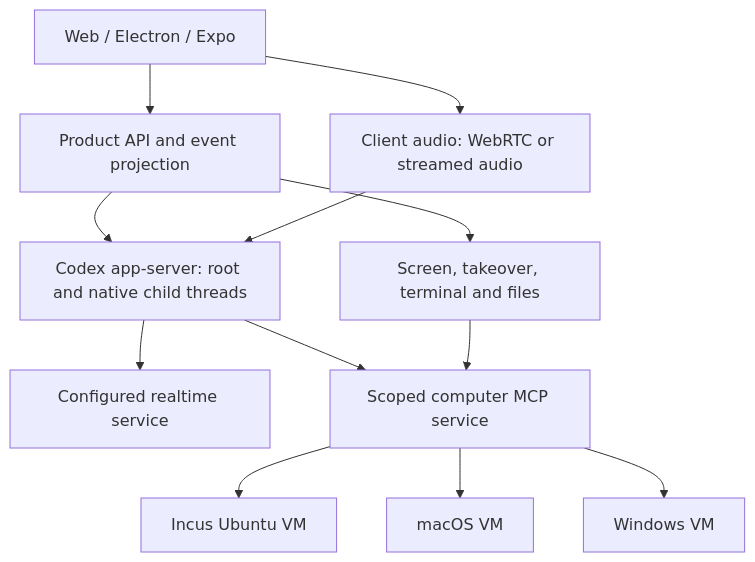
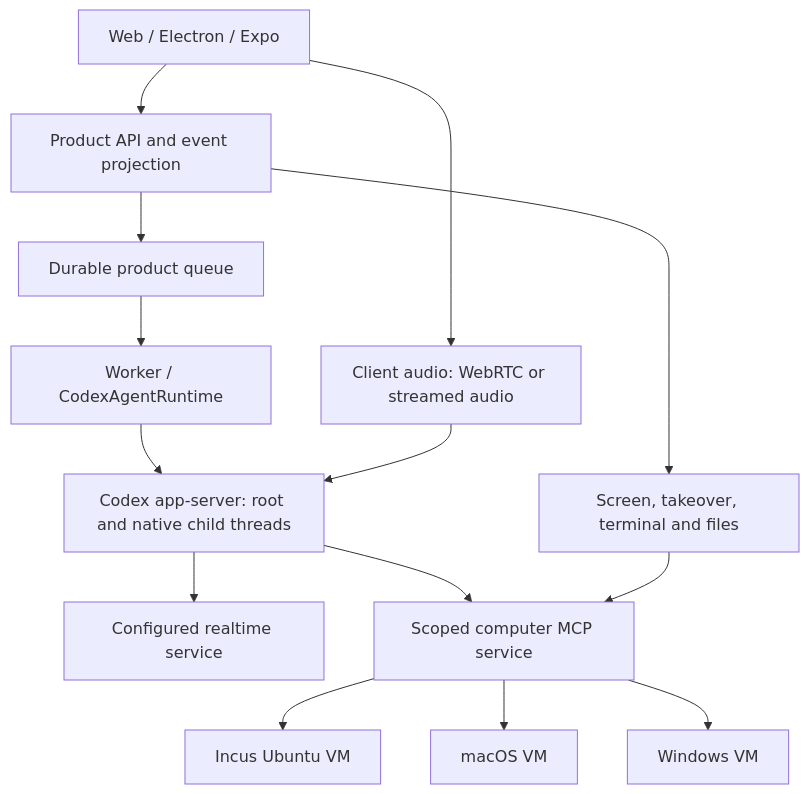
One commit to oreasono/rakazo changed the diagram in docs/codex-fork.md. Above: the diagram before and after it, drawn with Mermaid. The commit also changed other lines of this file and 53 other files, not shown here.

Commit message:
Integrate native Codex sessions and Incus computer acceptance

````diff
--- a/docs/codex-fork.md
+++ b/docs/codex-fork.md
@@ -16,14 +21,16 @@
 ```mermaid
 flowchart TD
   UI[Web / Electron / Expo] --> API[Product API and event projection]
-  API --> C[Codex app-server: root and native child threads]
+  API --> Q[Durable product queue]
+  Q --> WK[Worker / CodexAgentRuntime]
+  WK --> C[Codex app-server: root and native child threads]
   UI --> VOICE[Client audio: WebRTC or streamed audio]
   VOICE --> C
   C --> RT[Configured realtime service]
   C --> MCP[Scoped computer MCP service]
   API --> VIEW[Screen, takeover, terminal and files]
   VIEW --> MCP
   MCP --> L[Incus Ubuntu VM]
   MCP --> M[macOS VM]
   MCP --> W[Windows VM]
 ```
````
